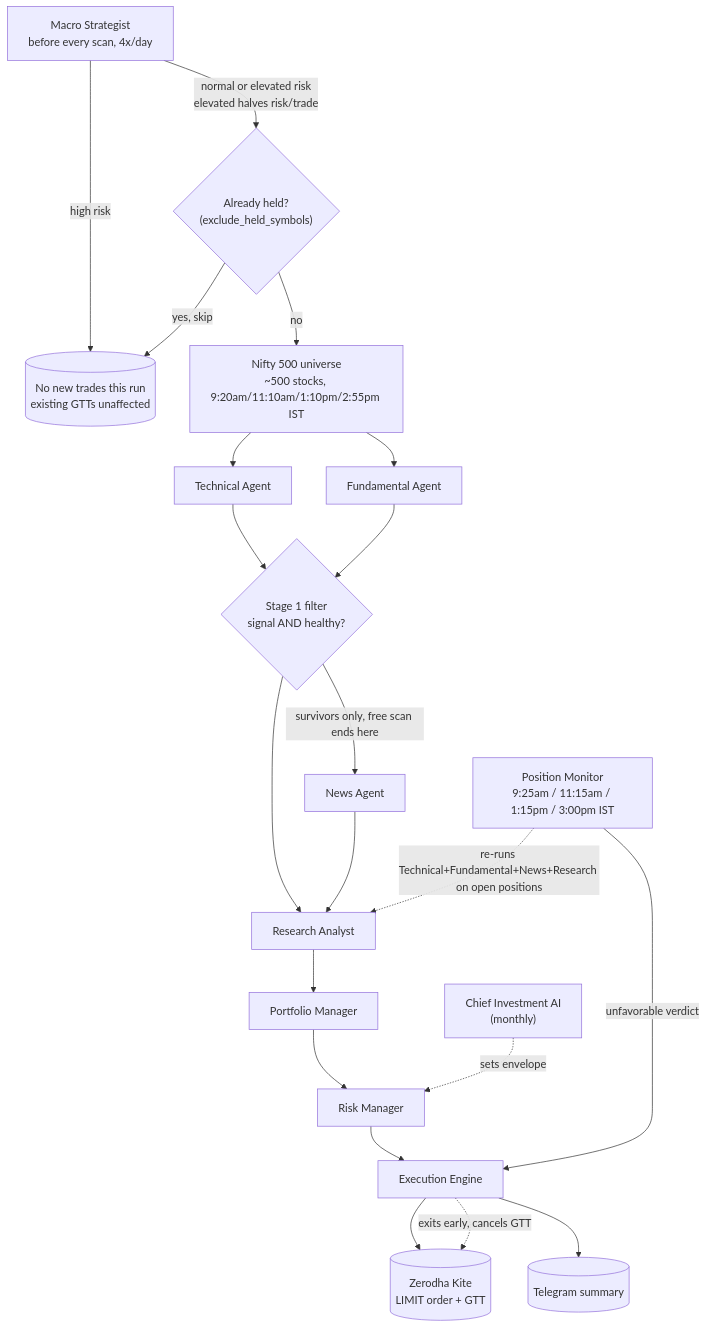
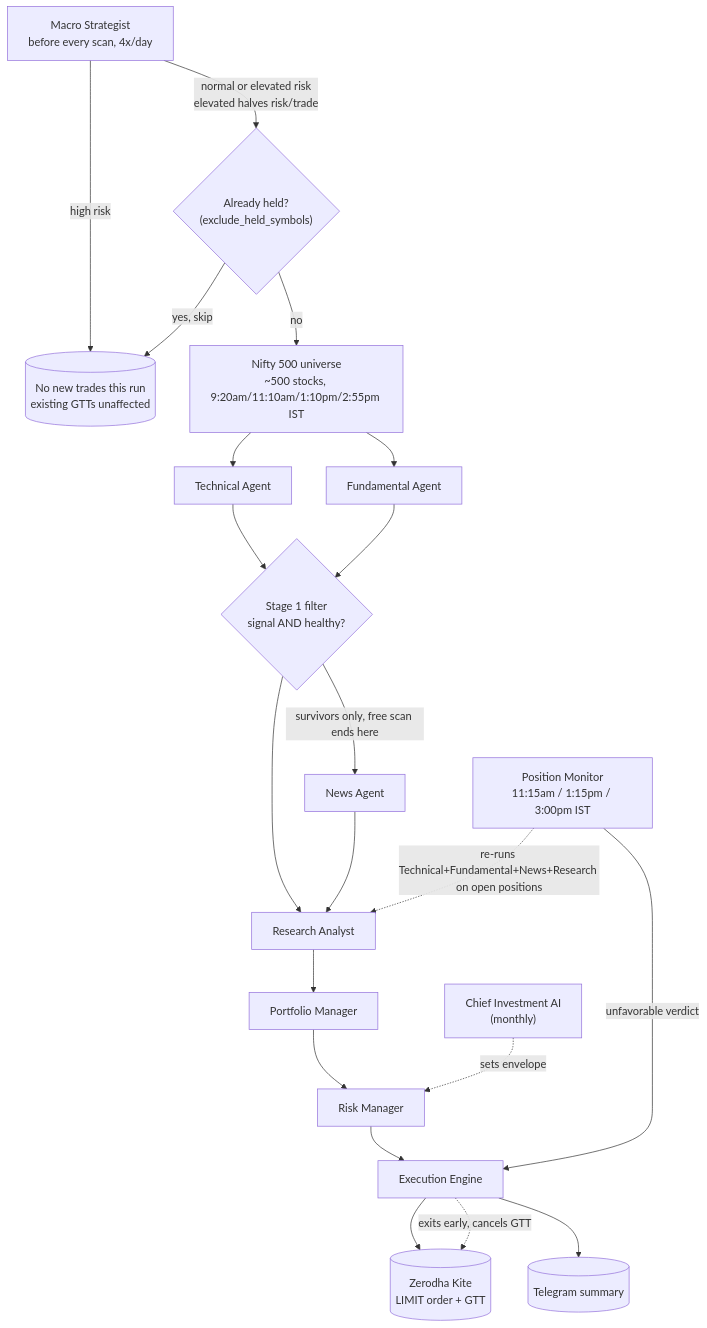
The diagram in AGENT_STRUCTURE.md (surajsurana/StockTradingBot), drawn with Mermaid before and after one commit. The commit also changed other lines of this file, not shown here.

First line of the commit message:
Revert the 9:25am monitor_positions.py addition

````diff
--- a/AGENT_STRUCTURE.md
+++ b/AGENT_STRUCTURE.md
@@ -31,26 +31,26 @@
 ```mermaid
 flowchart TD
     MACRO["Macro Strategist<br/>before every scan, 4x/day"]
     MACRO -->|high risk| SKIP[("No new trades this run<br/>existing GTTs unaffected")]
     MACRO -->|normal or elevated risk<br/>elevated halves risk/trade| HELD{"Already held?<br/>(exclude_held_symbols)"}
     HELD -->|yes, skip| SKIP
     HELD -->|no| U["Nifty 500 universe<br/>~500 stocks, 9:20am/11:10am/1:10pm/2:55pm IST"]
     U --> TECH[Technical Agent]
     U --> FUND[Fundamental Agent]
     TECH --> S1{"Stage 1 filter<br/>signal AND healthy?"}
     FUND --> S1
     S1 -->|survivors only, free scan ends here| NEWS[News Agent]
     S1 --> RESEARCH[Research Analyst]
     NEWS --> RESEARCH
     RESEARCH --> PM[Portfolio Manager]
     PM --> RM[Risk Manager]
     CIO["Chief Investment AI<br/>(monthly)"] -.sets envelope.-> RM
     RM --> EXEC[Execution Engine]
     EXEC --> KITE[("Zerodha Kite<br/>LIMIT order + GTT")]
     EXEC --> TG[("Telegram summary")]
 
-    MON["Position Monitor<br/>9:25am / 11:15am / 1:15pm / 3:00pm IST"]
+    MON["Position Monitor<br/>11:15am / 1:15pm / 3:00pm IST"]
     MON -.re-runs Technical+Fundamental+News+Research on open positions.-> RESEARCH
     MON -->|unfavorable verdict| EXEC
     EXEC -.exits early, cancels GTT.-> KITE
 ```
````
